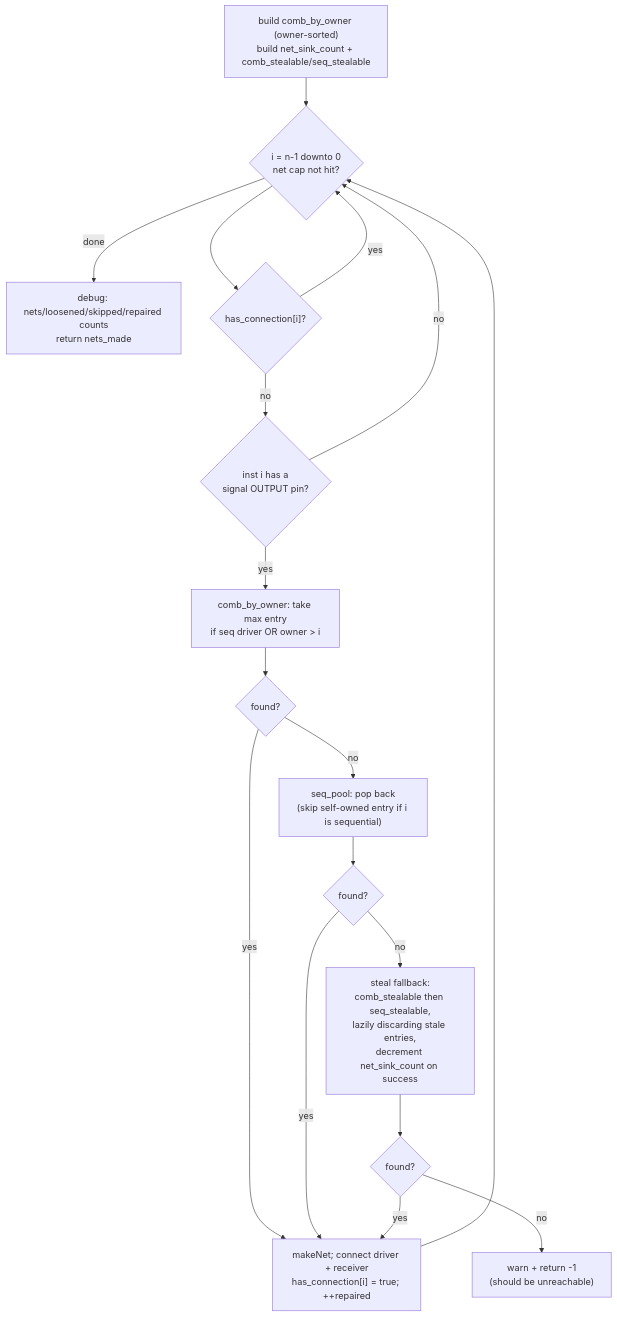
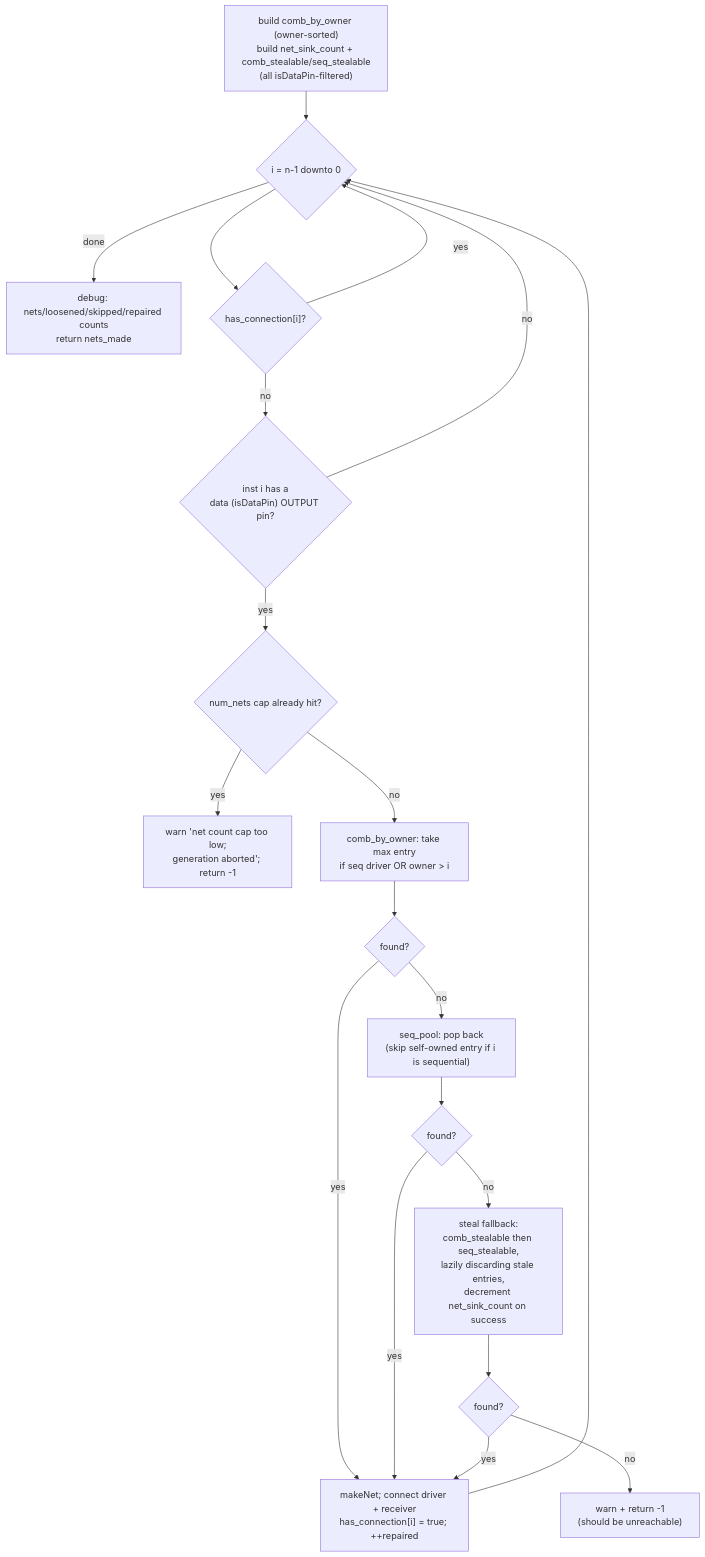
The eighth of 17 diagrams in src/engines/netlistgen/FLOW.md (rfive88/eda-lab), drawn with Mermaid before and after one commit. The commit also changed other lines of this file and 10 other files, not shown here.

````diff
--- a/src/engines/netlistgen/FLOW.md
+++ b/src/engines/netlistgen/FLOW.md
@@ -342,20 +381,22 @@
 ```mermaid
 graph TD
-  setup["build comb_by_owner (owner-sorted)<br/>build net_sink_count + comb_stealable/seq_stealable"] --> loop{"i = n-1 downto 0<br/>net cap not hit?"}
+  setup["build comb_by_owner (owner-sorted)<br/>build net_sink_count + comb_stealable/seq_stealable<br/>(all isDataPin-filtered)"] --> loop{"i = n-1 downto 0"}
   loop -->|done| done2["debug: nets/loosened/skipped/repaired counts<br/>return nets_made"]
   loop --> hasconn{"has_connection[i]?"}
   hasconn -->|yes| loop
-  hasconn -->|no| findout{"inst i has a<br/>signal OUTPUT pin?"}
+  hasconn -->|no| findout{"inst i has a<br/>data (isDataPin) OUTPUT pin?"}
   findout -->|no| loop
-  findout -->|yes| tryowner["comb_by_owner: take max entry<br/>if seq driver OR owner > i"]
+  findout -->|yes| capchk{"num_nets cap already hit?"}
+  capchk -->|yes| capfail["warn 'net count cap too low;<br/>generation aborted'; return -1"]
+  capchk -->|no| tryowner["comb_by_owner: take max entry<br/>if seq driver OR owner > i"]
   tryowner --> gotowner{"found?"}
   gotowner -->|yes| mkrep["makeNet; connect driver + receiver<br/>has_connection[i] = true; ++repaired"]
   gotowner -->|no| tryseq["seq_pool: pop back<br/>(skip self-owned entry if i is sequential)"]
   tryseq --> gotseq{"found?"}
   gotseq -->|yes| mkrep
   gotseq -->|no| steal["steal fallback:<br/>comb_stealable then seq_stealable,<br/>lazily discarding stale entries,<br/>decrement net_sink_count on success"]
   steal --> gotsteal{"found?"}
   gotsteal -->|yes| mkrep
   gotsteal -->|no| fail["warn + return -1<br/>(should be unreachable)"]
   mkrep --> loop
 ```
````
